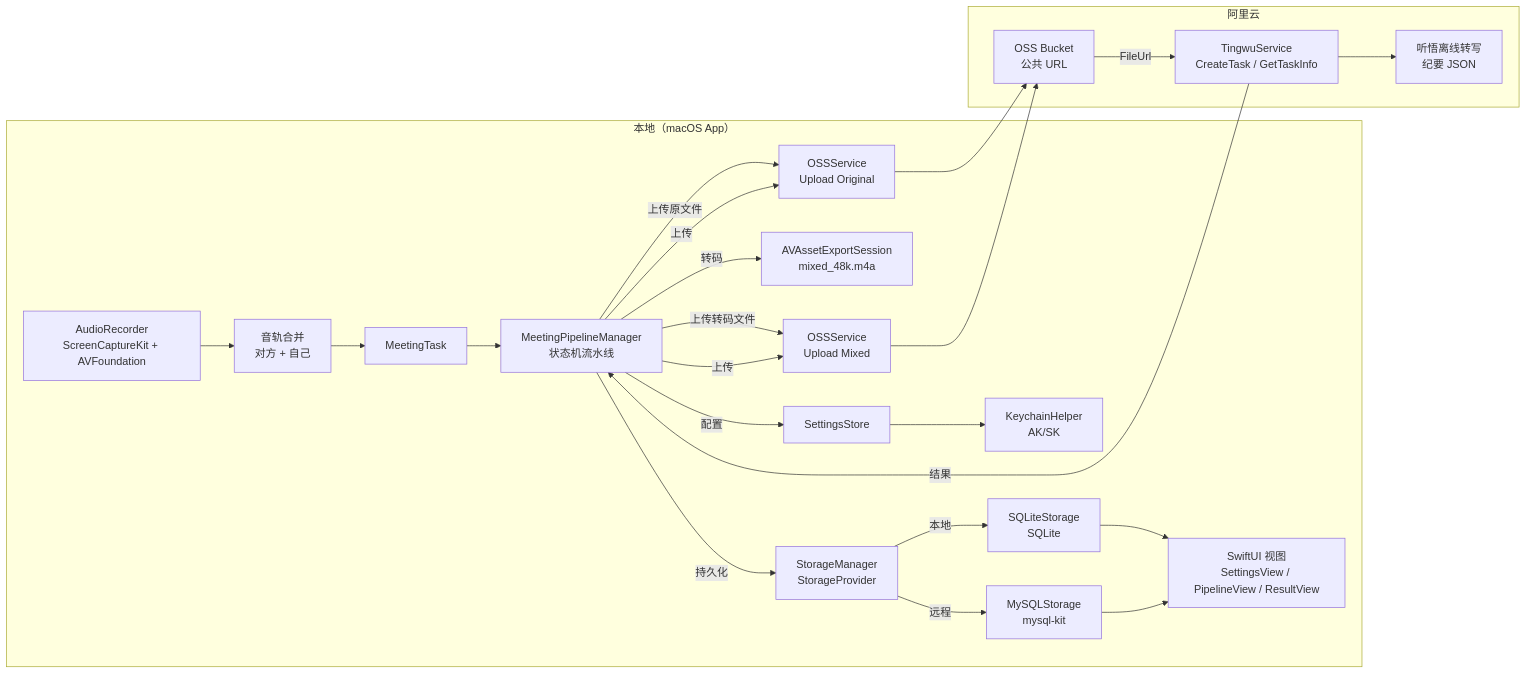
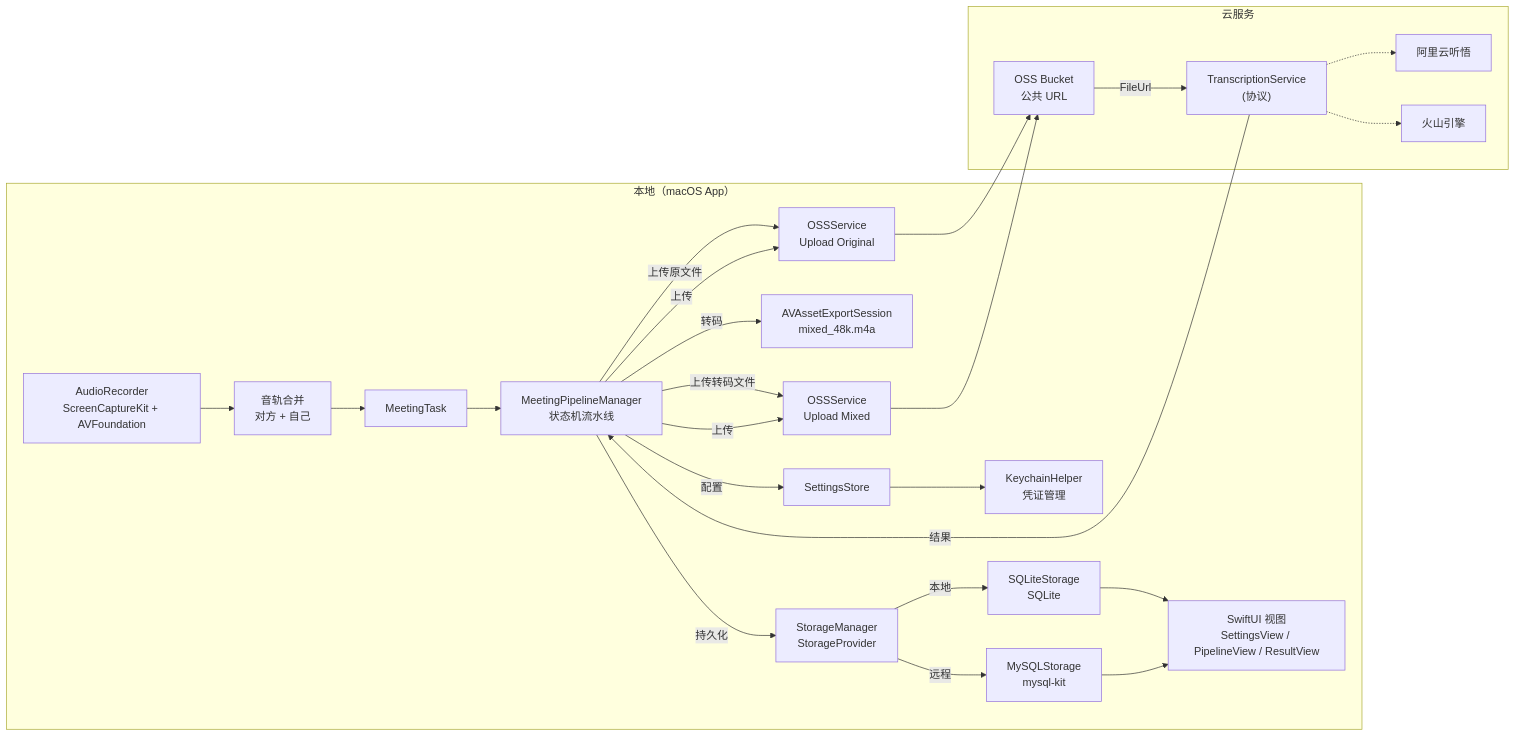
One commit to mistbit/VoiceMemo changed the diagram in README_CN.md. Above: the diagram before and after it, drawn with Mermaid. The commit also changed other lines of this file and 30 other files, not shown here.

First line of the commit message:
feat: add multi-provider ASR architecture with Volcengine integration (#43)

````diff
--- a/README_CN.md
+++ b/README_CN.md
@@ -34,29 +34,33 @@
 ```mermaid
 flowchart LR
   subgraph Local["本地（macOS App）"]
     A["AudioRecorder<br/>ScreenCaptureKit + AVFoundation"] --> B["音轨合并<br/>对方 + 自己"]
     B --> C["MeetingTask"]
     C --> D["MeetingPipelineManager<br/>状态机流水线"]
     D -->|上传原文件| F1["OSSService<br/>Upload Original"]
     D -->|转码| E["AVAssetExportSession<br/>mixed_48k.m4a"]
     D -->|上传转码文件| F2["OSSService<br/>Upload Mixed"]
     D -->|持久化| SM["StorageManager<br/>StorageProvider"]
     D -->|配置| S["SettingsStore"]
-    S --> K["KeychainHelper<br/>AK/SK"]
+    S --> K["KeychainHelper<br/>凭证管理"]
     SM -->|本地| J1["SQLiteStorage<br/>SQLite"]
     SM -->|远程| J2["MySQLStorage<br/>mysql-kit"]
     J1 --> V["SwiftUI 视图<br/>SettingsView / PipelineView / ResultView"]
     J2 --> V
   end
 
-  subgraph Cloud["阿里云"]
+  subgraph Cloud["云服务"]
     F1 --> G["OSS Bucket<br/>公共 URL"]
     F2 --> G
-    T["TingwuService<br/>CreateTask / GetTaskInfo"] --> R["听悟离线转写<br/>纪要 JSON"]
+    TS["TranscriptionService<br/>(协议)"]
+    T1["阿里云听悟"]
+    T2["火山引擎"]
+    TS -.-> T1
+    TS -.-> T2
   end
 
   D -->|上传| F1
   D -->|上传| F2
-  G -->|FileUrl| T
-  T -->|结果| D
+  G -->|FileUrl| TS
+  TS -->|结果| D
 ```
````
